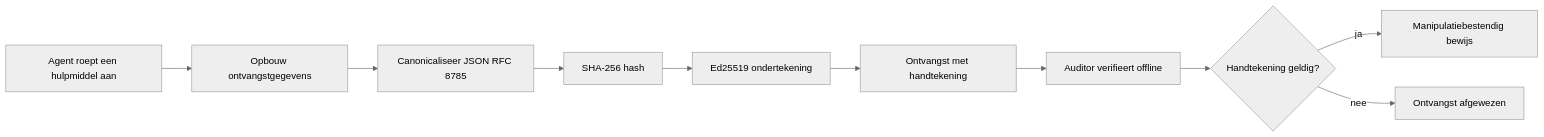
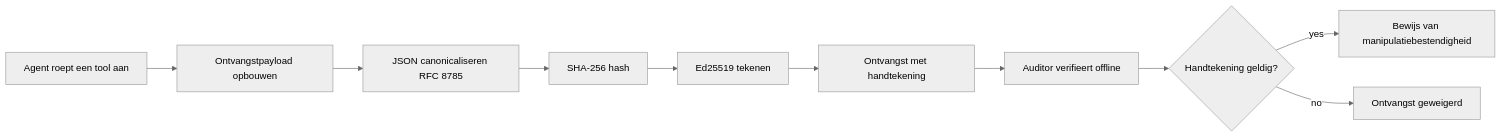
One commit to gabrielmoreira/agent-skills-mirror changed the first of 2 diagrams in mirrors/repos/microsoft@ai-agents-for-beginners/translations/nl/18-securing-ai-agents/README.md. Above: the diagram before and after it, drawn with Mermaid (neutral theme). The commit also changed other lines of this file and 2285 other files, not shown here.

````diff
--- a/mirrors/repos/microsoft@ai-agents-for-beginners/translations/nl/18-securing-ai-agents/README.md
+++ b/mirrors/repos/microsoft@ai-agents-for-beginners/translations/nl/18-securing-ai-agents/README.md
@@ -51,12 +51,12 @@
 ```mermaid
 flowchart LR
-    A[Agent roept een hulpmiddel aan] --> B[Opbouw ontvangstgegevens]
-    B --> C[Canonicaliseer JSON RFC 8785]
+    A[Agent roept een tool aan] --> B[Ontvangstpayload opbouwen]
+    B --> C[JSON canonicaliseren RFC 8785]
     C --> D[SHA-256 hash]
-    D --> E[Ed25519 ondertekening]
+    D --> E[Ed25519 tekenen]
     E --> F[Ontvangst met handtekening]
     F --> G[Auditor verifieert offline]
     G --> H{Handtekening geldig?}
-    H -- ja --> I[Manipulatiebestendig bewijs]
-    H -- nee --> J[Ontvangst afgewezen]
+    H -- yes --> I[Bewijs van manipulatiebestendigheid]
+    H -- no --> J[Ontvangst geweigerd]
 ```
````
